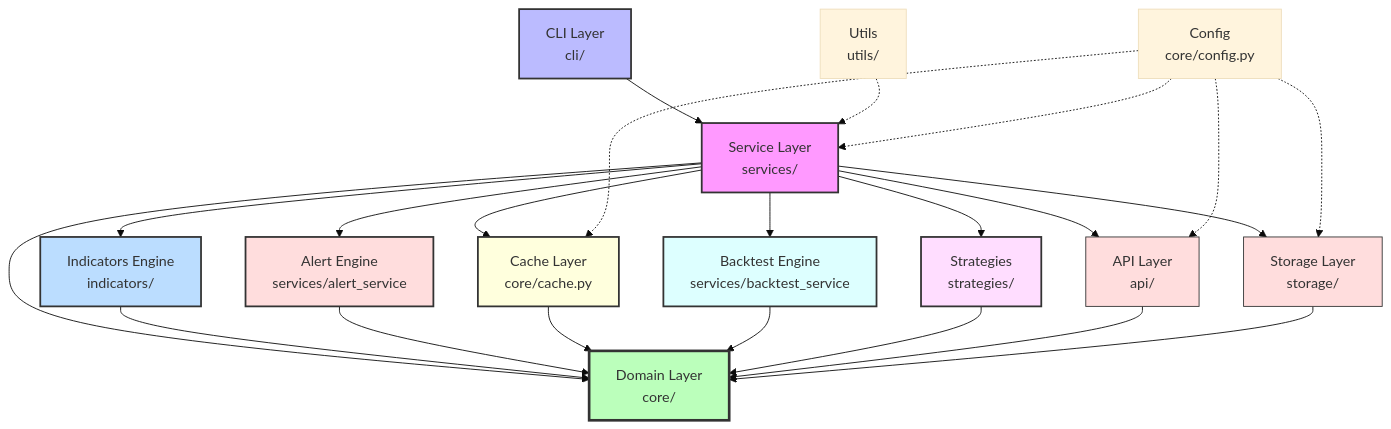
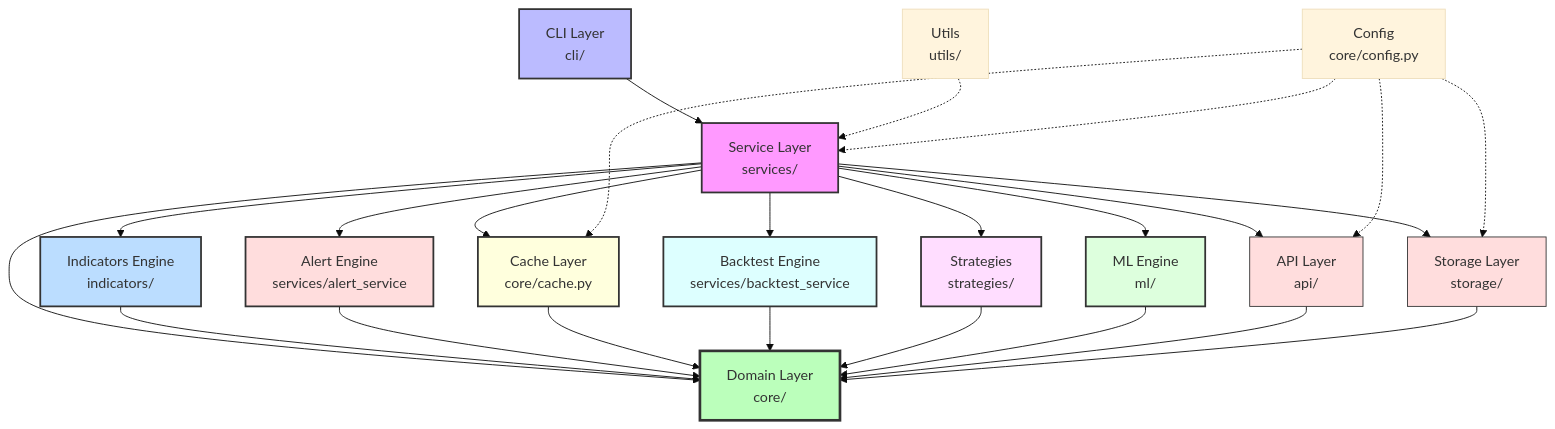
Before and after one commit to YaserEleraky/forex-tracker: the diagram in README.md, drawn with Mermaid (base theme). The commit also changed other lines of this file and 11 other files, not shown here.

````diff
--- a/README.md
+++ b/README.md
@@ -561,35 +628,38 @@
 ```mermaid
 graph TD
     A[CLI Layer<br/>cli/] --> B[Service Layer<br/>services/]
     B --> C[API Layer<br/>api/]
     B --> D[Storage Layer<br/>storage/]
     B --> H[Indicators Engine<br/>indicators/]
     B --> I[Alert Engine<br/>services/alert_service]
     B --> J[Cache Layer<br/>core/cache.py]
     B --> K[Backtest Engine<br/>services/backtest_service]
     B --> L[Strategies<br/>strategies/]
+    B --> M[ML Engine<br/>ml/]
     B --> E[Domain Layer<br/>core/]
     H --> E
     I --> E
     J --> E
     K --> E
     L --> E
+    M --> E
     C --> E
     D --> E
     F[Utils<br/>utils/] -.-> B
     G[Config<br/>core/config.py] -.-> C
     G -.-> D
     G -.-> J
     G -.-> B
 
     style A fill:#bbf,stroke:#333,stroke-width:2px
     style B fill:#f9f,stroke:#333,stroke-width:2px
     style E fill:#bfb,stroke:#333,stroke-width:3px
     style H fill:#bdf,stroke:#333,stroke-width:2px
     style I fill:#fdd,stroke:#333,stroke-width:2px
     style J fill:#ffd,stroke:#333,stroke-width:2px
     style K fill:#dff,stroke:#333,stroke-width:2px
     style L fill:#fdf,stroke:#333,stroke-width:2px
+    style M fill:#dfd,stroke:#333,stroke-width:2px
     style C fill:#fdd,stroke:#333
     style D fill:#fdd,stroke:#333
 ```
````
